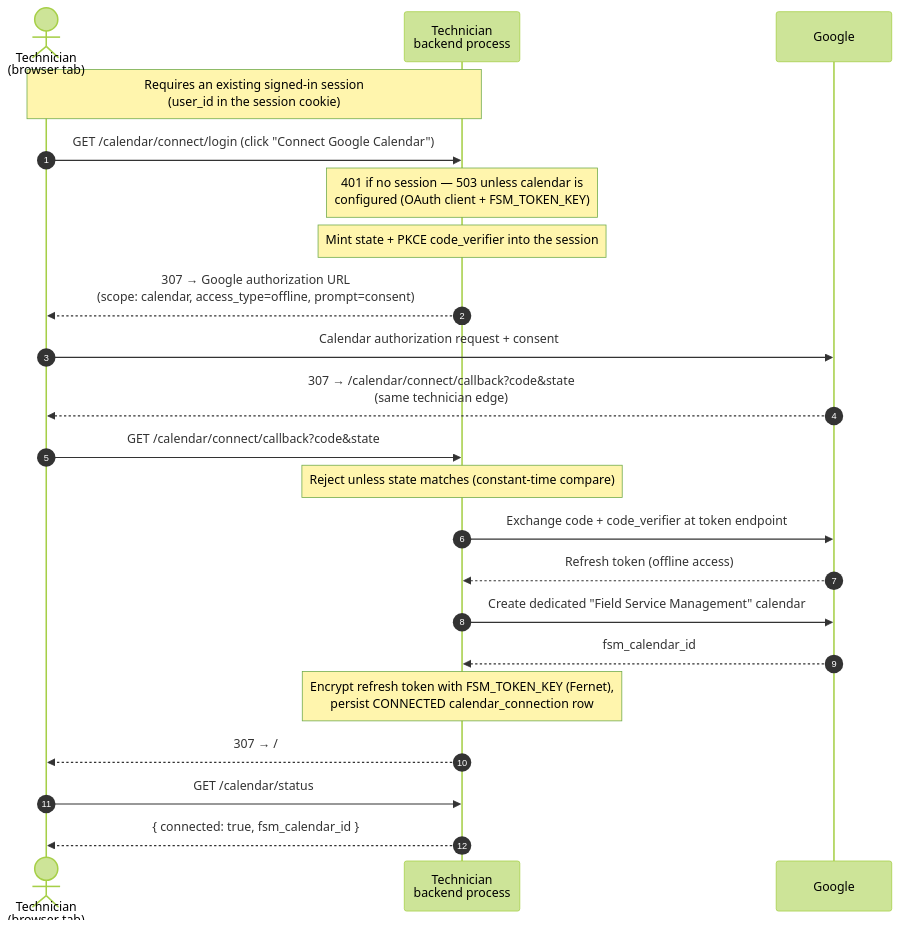
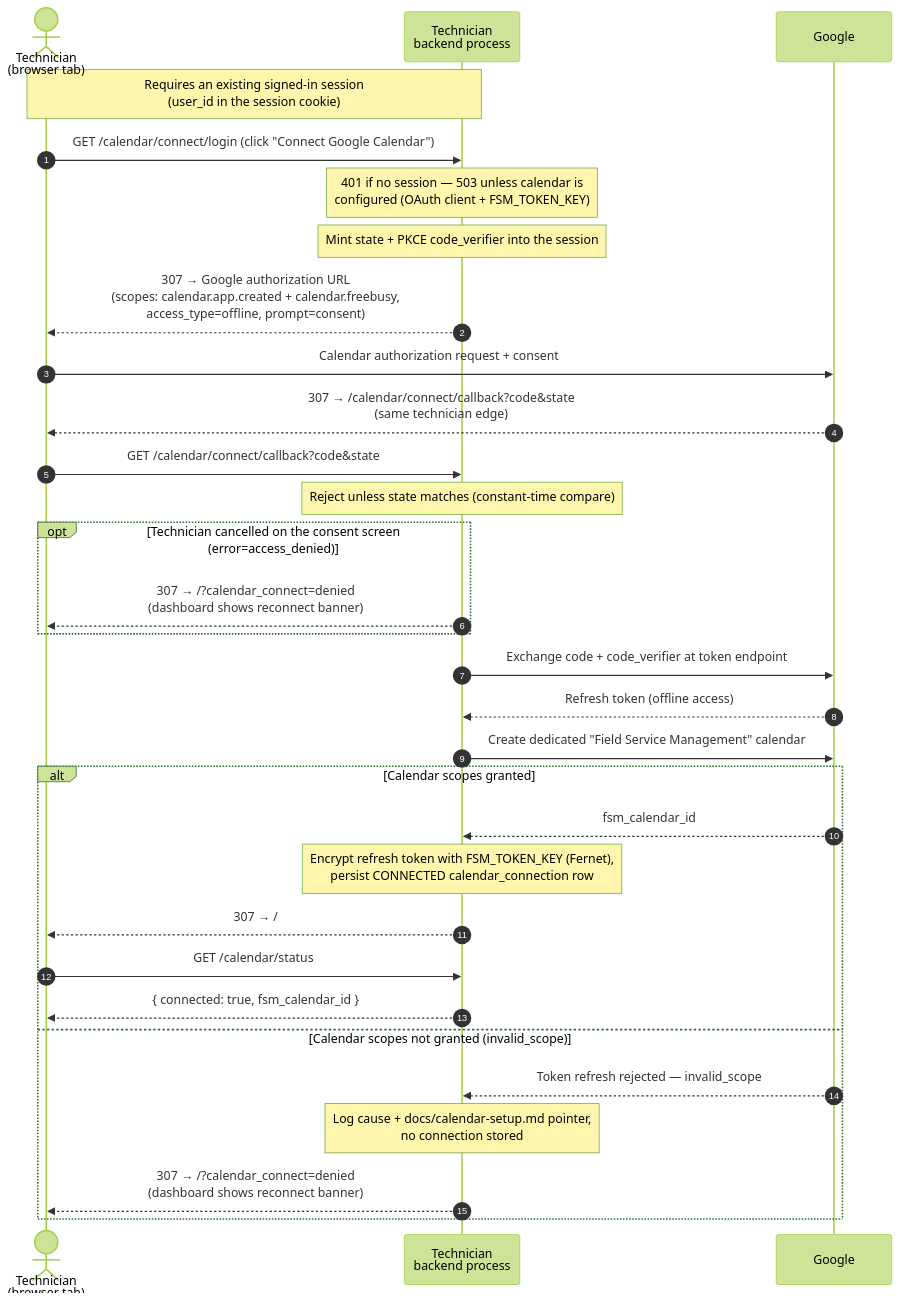
Before and after one commit to erancha/field-service-management: the second of 4 diagrams in docs/auth-and-communication.md, drawn with Mermaid (forest theme). The commit also changed other lines of this file and 11 other files, not shown here.

````diff
--- a/docs/auth-and-communication.md
+++ b/docs/auth-and-communication.md
@@ -94,25 +106,34 @@
 ```mermaid
 sequenceDiagram
     autonumber
     actor T as Technician<br/>(browser tab)
     participant BE as Technician<br/>backend process
     participant G as Google
 
     Note over T,BE: Requires an existing signed-in session<br/>(user_id in the session cookie)
     T->>BE: GET /calendar/connect/login (click "Connect Google Calendar")
     Note over BE: 401 if no session — 503 unless calendar is<br/>configured (OAuth client + FSM_TOKEN_KEY)
     Note over BE: Mint state + PKCE code_verifier into the session
-    BE-->>T: 307 → Google authorization URL<br/>(scope: calendar, access_type=offline, prompt=consent)
+    BE-->>T: 307 → Google authorization URL<br/>(scopes: calendar.app.created + calendar.freebusy,<br/>access_type=offline, prompt=consent)
     T->>G: Calendar authorization request + consent
     G-->>T: 307 → /calendar/connect/callback?code&state<br/>(same technician edge)
     T->>BE: GET /calendar/connect/callback?code&state
     Note over BE: Reject unless state matches (constant-time compare)
+    opt Technician cancelled on the consent screen (error=access_denied)
+        BE-->>T: 307 → /?calendar_connect=denied<br/>(dashboard shows reconnect banner)
+    end
     BE->>G: Exchange code + code_verifier at token endpoint
     G-->>BE: Refresh token (offline access)
     BE->>G: Create dedicated "Field Service Management" calendar
-    G-->>BE: fsm_calendar_id
-    Note over BE: Encrypt refresh token with FSM_TOKEN_KEY (Fernet),<br/>persist CONNECTED calendar_connection row
-    BE-->>T: 307 → /
-    T->>BE: GET /calendar/status
-    BE-->>T: { connected: true, fsm_calendar_id }
+    alt Calendar scopes granted
+        G-->>BE: fsm_calendar_id
+        Note over BE: Encrypt refresh token with FSM_TOKEN_KEY (Fernet),<br/>persist CONNECTED calendar_connection row
+        BE-->>T: 307 → /
+        T->>BE: GET /calendar/status
+        BE-->>T: { connected: true, fsm_calendar_id }
+    else Calendar scopes not granted (invalid_scope)
+        G-->>BE: Token refresh rejected — invalid_scope
+        Note over BE: Log cause + docs/calendar-setup.md pointer,<br/>no connection stored
+        BE-->>T: 307 → /?calendar_connect=denied<br/>(dashboard shows reconnect banner)
+    end
 ```
````
